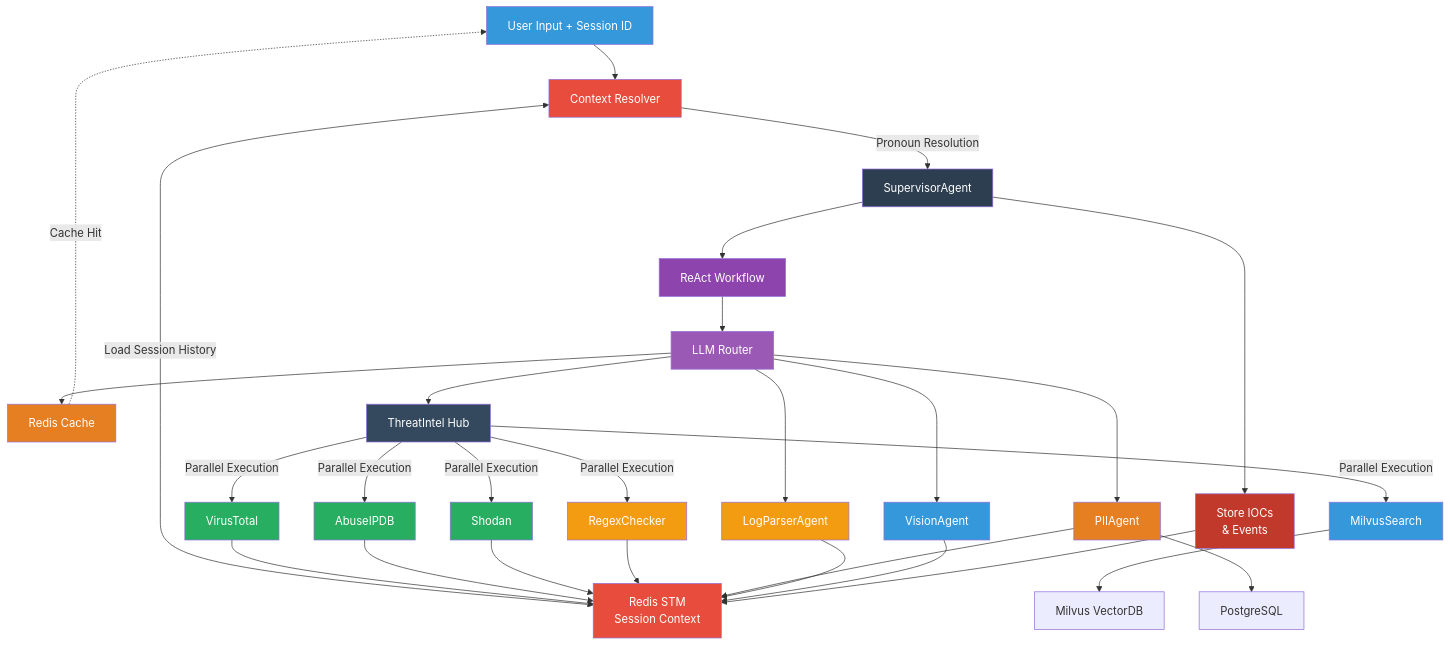
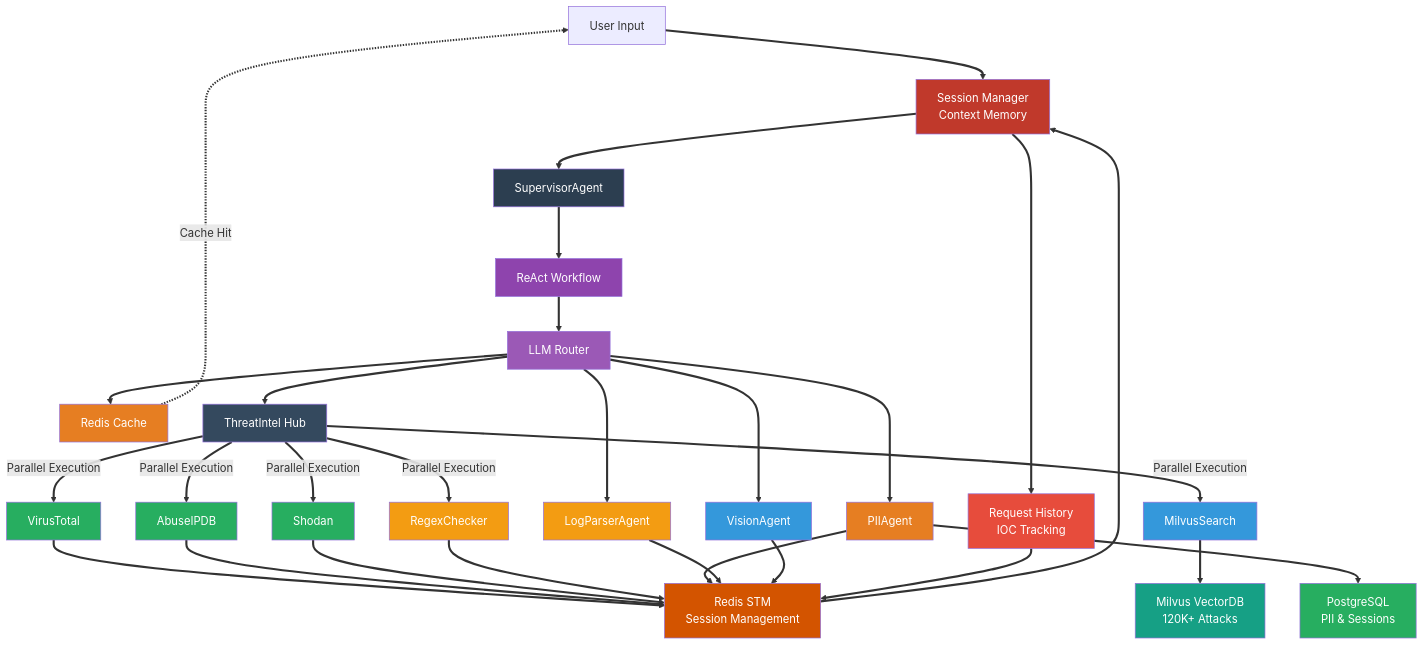
One commit to chintamanil/cybershield changed the diagram in README.md. Above: the diagram before and after it, drawn with Mermaid.

Commit message:
docs: Update README.md Mermaid diagram with session management
Updated architecture diagram to match GitHub Pages with session management
components including Session Manager, Request History, and IOC Tracking.

Changes:
- Added Session Manager and Request History nodes
- Updated data flow to show session management integration
- Enhanced component styling with new colors for session components
- Updated database labels (120K+ Attacks, PII & Sessions)
- Improved visual consistency with GitHub Pages documentation

Diagram now shows:
- User Input → Session Manager → Supervisor Agent flow
- Request History → Redis STM → Session Manager cycle
- Enhanced memory and caching layer visualization

````diff
--- a/README.md
+++ b/README.md
@@ -39,78 +39,81 @@
 ```mermaid
 graph TD
-    U1[User Input + Session ID]
-    CTX[Context Resolver]
+    U1[User Input]
     A1[SupervisorAgent]
     REACT[ReAct Workflow]
     LLM[LLM Router]
     CACHE[Redis Cache]
 
     TI[ThreatIntel Hub]
     T1[VirusTotal]
     T2[AbuseIPDB]
     T3[Shodan]
     T4[MilvusSearch]
     T5[RegexChecker]
 
     A2[PIIAgent]
     A4[LogParserAgent]
     A5[VisionAgent]
 
-    M1[Redis STM<br/>Session Context]
-    V1[Milvus VectorDB]
-    DB1[PostgreSQL]
+    M1[Redis STM<br/>Session Management]
+    V1[Milvus VectorDB<br/>120K+ Attacks]
+    DB1[PostgreSQL<br/>PII & Sessions]
 
-    STORE[Store IOCs<br/>& Events]
+    SESSION[Session Manager<br/>Context Memory]
+    HISTORY[Request History<br/>IOC Tracking]
 
-    U1 --> CTX
-    CTX -->|Pronoun Resolution| A1
-    CTX <-->|Load Session History| M1
-
+    U1 --> SESSION
+    SESSION --> A1
     A1 --> REACT
     REACT --> LLM
     LLM --> CACHE
     CACHE -.->|Cache Hit| U1
 
     LLM --> TI
     LLM --> A2
     LLM --> A4
     LLM --> A5
 
     TI -->|Parallel Execution| T1
     TI -->|Parallel Execution| T2
     TI -->|Parallel Execution| T3
     TI -->|Parallel Execution| T4
     TI -->|Parallel Execution| T5
 
     T1 --> M1
     T2 --> M1
     T3 --> M1
     T4 --> V1
     T5 --> M1
 
     A2 --> M1
     A2 --> DB1
     A4 --> M1
     A5 --> M1
 
-    A1 --> STORE
-    STORE --> M1
+    SESSION --> HISTORY
+    HISTORY --> M1
+    M1 --> SESSION
 
-    style U1 fill:#3498db, color:#ffffff
-    style CTX fill:#e74c3c, color:#ffffff
     style A1 fill:#2c3e50, color:#ffffff
     style REACT fill:#8e44ad, color:#ffffff
     style LLM fill:#9b59b6, color:#ffffff
     style CACHE fill:#e67e22, color:#ffffff
     style TI fill:#34495e, color:#ffffff
     style T1 fill:#27ae60, color:#ffffff
     style T2 fill:#27ae60, color:#ffffff
     style T3 fill:#27ae60, color:#ffffff
     style T4 fill:#3498db, color:#ffffff
     style T5 fill:#f39c12, color:#ffffff
     style A2 fill:#e67e22, color:#ffffff
     style A4 fill:#f39c12, color:#ffffff
     style A5 fill:#3498db, color:#ffffff
-    style M1 fill:#e74c3c, color:#ffffff
-    style STORE fill:#c0392b, color:#ffffff
+    style SESSION fill:#c0392b, color:#ffffff
+    style HISTORY fill:#e74c3c, color:#ffffff
+    style M1 fill:#d35400, color:#ffffff
+    style V1 fill:#16a085, color:#ffffff
+    style DB1 fill:#27ae60, color:#ffffff
+
+    %% Darker Arrow Styling
+    linkStyle default stroke:#333,stroke-width:3px
 ```
````
